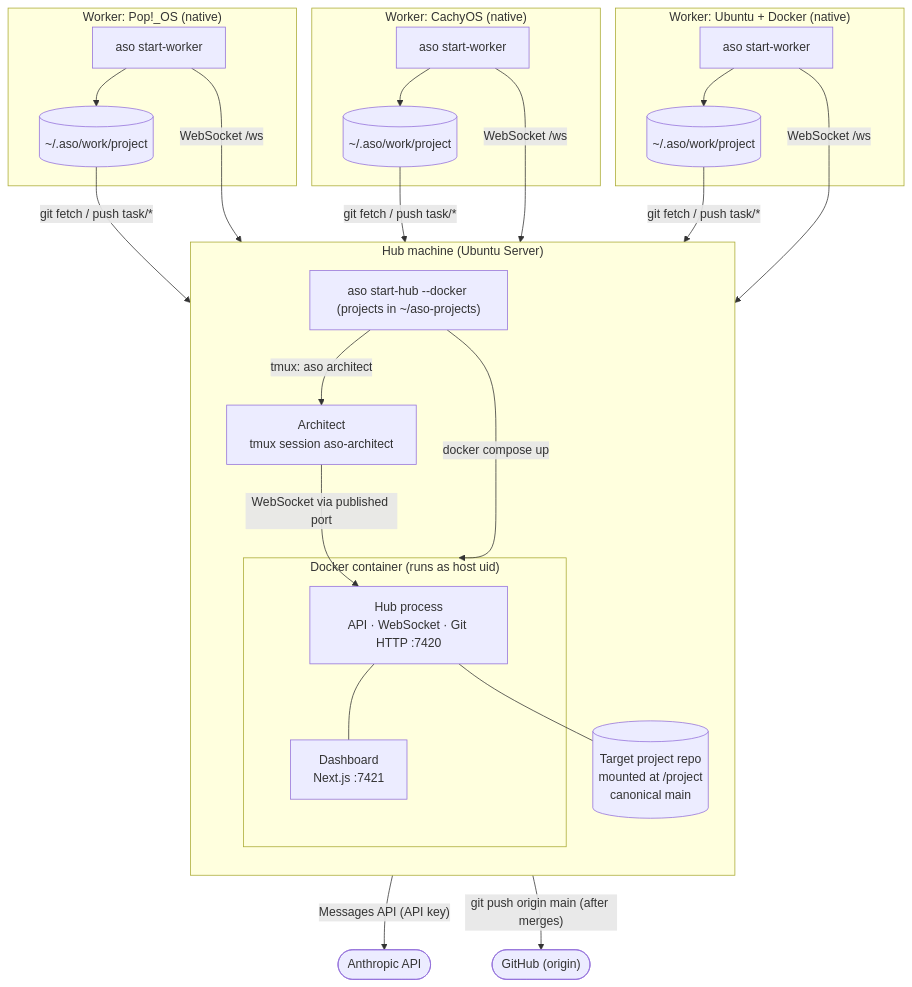
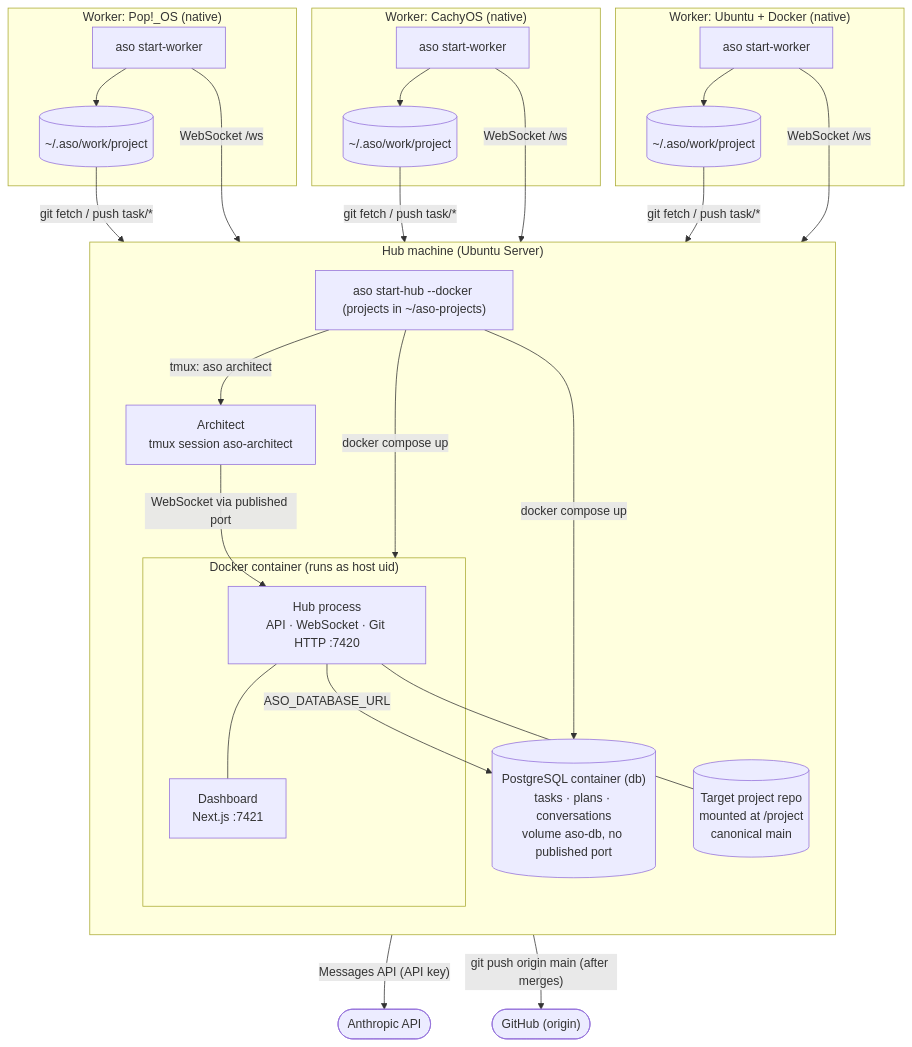
One commit to Sys64k/ai-swarm-orchestrator changed the first of 19 diagrams in ARCHITECTURE.md. Above: the diagram before and after it, drawn with Mermaid. The commit also changed other lines of this file and 27 other files, not shown here.

First line of the commit message:
feat: keep the Hub's tasks, plans and conversations in PostgreSQL

````diff
--- a/ARCHITECTURE.md
+++ b/ARCHITECTURE.md
@@ -41,37 +41,40 @@
 ```mermaid
 flowchart TB
   subgraph HUBM["Hub machine (Ubuntu Server)"]
     direction TB
     CLIH["aso start-hub --docker (projects in ~/aso-projects)"]
     subgraph CTR["Docker container (runs as host uid)"]
       HUB["Hub process<br/>API · WebSocket · Git HTTP :7420"]
       DASH["Dashboard<br/>Next.js :7421"]
       HUB --- DASH
     end
+    DB[("PostgreSQL container (db)<br/>tasks · plans · conversations<br/>volume aso-db, no published port")]
+    HUB -- "ASO_DATABASE_URL" --> DB
     ARCH["Architect<br/>tmux session aso-architect"]
     REPO[("Target project repo<br/>mounted at /project<br/>canonical main")]
     CLIH -- "docker compose up" --> CTR
+    CLIH -- "docker compose up" --> DB
     CLIH -- "tmux: aso architect" --> ARCH
     HUB --- REPO
     ARCH -- "WebSocket via published port" --> HUB
   end
 
   subgraph W1["Worker: Pop!_OS (native)"]
     WA["aso start-worker"] --> WA_CO[("~/.aso/work/project")]
   end
   subgraph W2["Worker: CachyOS (native)"]
     WB["aso start-worker"] --> WB_CO[("~/.aso/work/project")]
   end
   subgraph W3["Worker: Ubuntu + Docker (native)"]
     WC["aso start-worker"] --> WC_CO[("~/.aso/work/project")]
   end
 
   WA -- "WebSocket /ws" --> HUB
   WB -- "WebSocket /ws" --> HUB
   WC -- "WebSocket /ws" --> HUB
   WA_CO -- "git fetch / push task/*" --> HUB
   WB_CO -- "git fetch / push task/*" --> HUB
   WC_CO -- "git fetch / push task/*" --> HUB
   HUB -- "Messages API (API key)" --> EXT(["Anthropic API"])
   HUB -- "git push origin main (after merges)" --> GH(["GitHub (origin)"])
 ```
````
